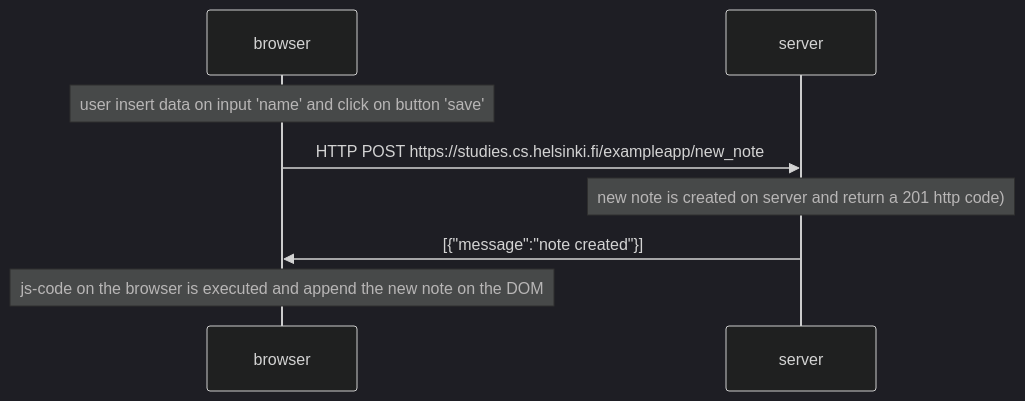
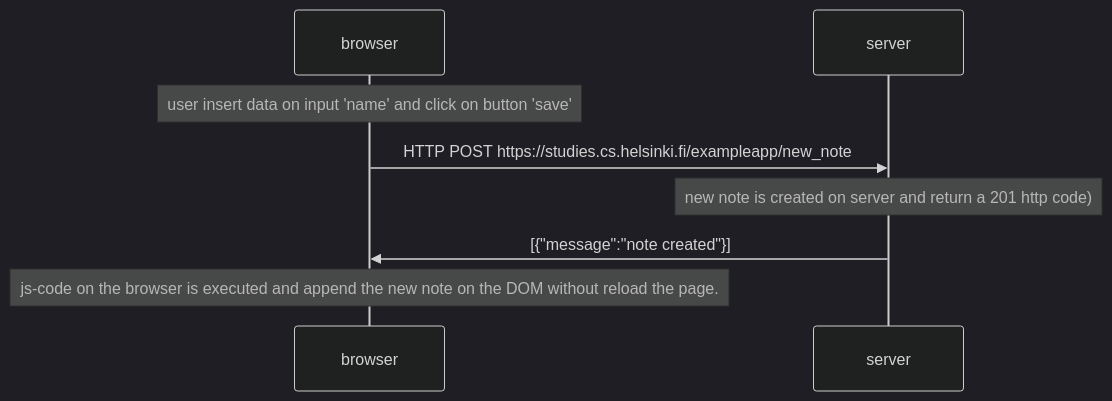
The diagram in Part0/0.6.md (fghinzelli/fullstackopen), drawn with Mermaid (dark theme) before and after one commit.

Commit message:
Finish 0.6 exercise

````diff
--- a/Part0/0.6.md
+++ b/Part0/0.6.md
@@ -1,10 +1,10 @@
 ```mermaid
 sequenceDiagram
     participant browser
     Note over browser: user insert data on input 'name' and click on button 'save'
     participant server
     browser->>server: HTTP POST https://studies.cs.helsinki.fi/exampleapp/new_note
     Note over server: new note is created on server and return a 201 http code)
     server->>browser: [{"message":"note created"}]
-    Note over browser: js-code on the browser is executed and append the new note on the DOM
+    Note over browser: js-code on the browser is executed and append the new note on the DOM without reload the page.
 ```
````
